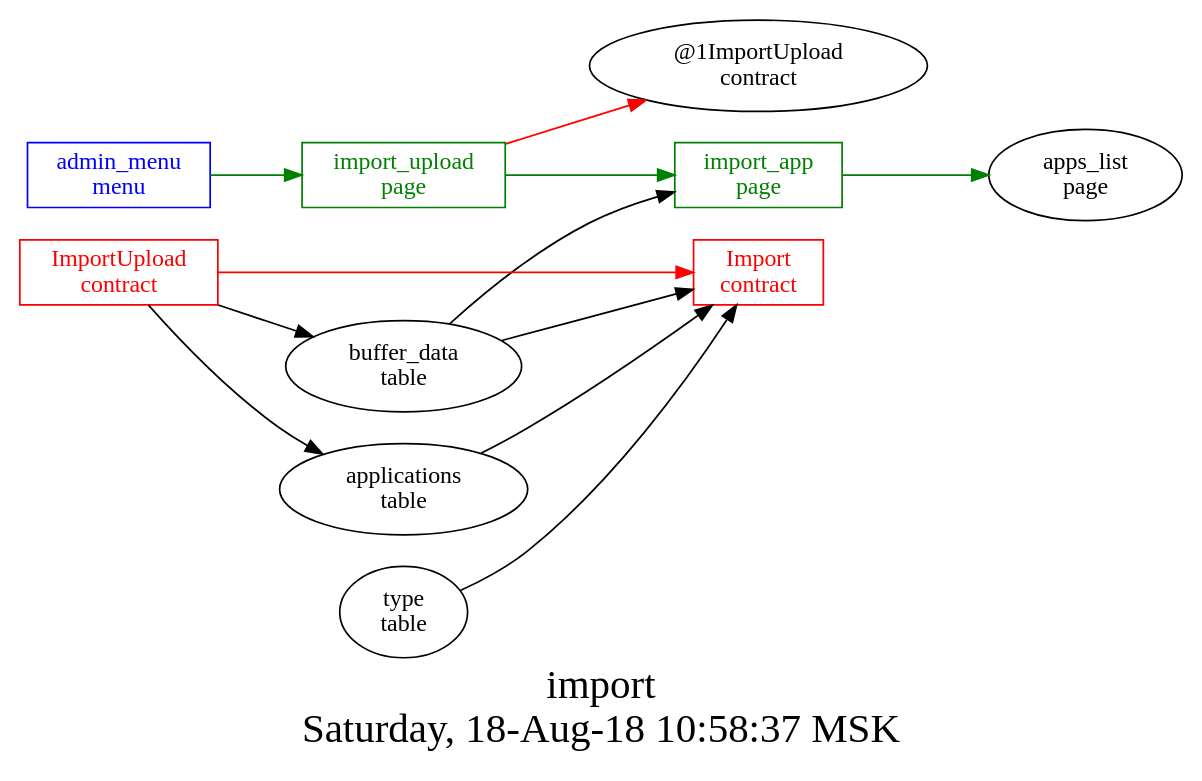
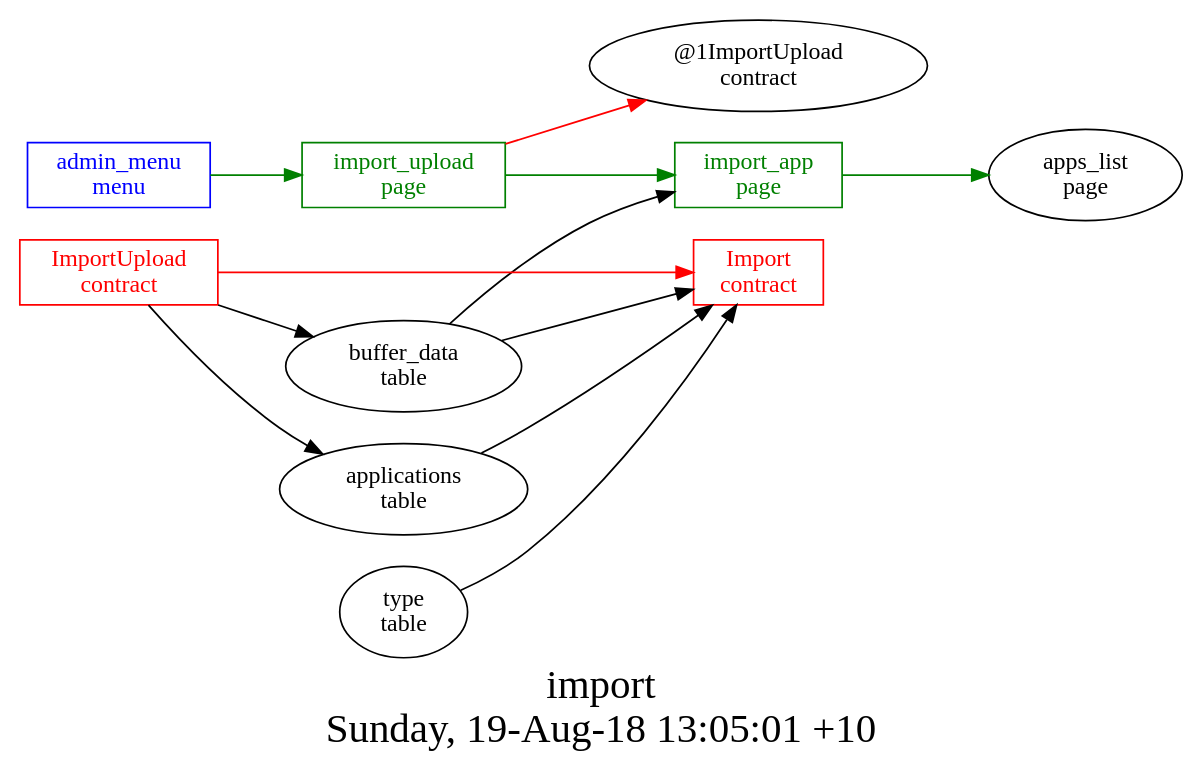
The diagram in src/import/struct.dot (AplaProject/apps), drawn with Graphviz before and after one commit. The commit also changed 14 other files, not shown here.

```diff
--- a/src/import/struct.dot
+++ b/src/import/struct.dot
@@ -1,26 +1,24 @@
 digraph G {
-graph [
-  fontsize="24";
-  label="import\nSaturday, 18-Aug-18 10:58:37 MSK";
-  nojustify=true;
-  ordering=out;
-  rankdir=LR;
-  size="30";
-];
+fontsize="24";
+label="import\nSunday, 19-Aug-18 13:05:01 +10";
+nojustify=true;
+ordering=out;
+rankdir=LR;
+size="30";
 "admin_menu\nmenu" -> "import_upload\npage"  [ color=green ]
 "admin_menu\nmenu" [color=blue, fontcolor=blue, group=menus, shape=record];
 "buffer_data\ntable" -> "import_app\npage"
 "import_app\npage" -> "apps_list\npage"  [ color=green ]
 "import_app\npage" [color=green, fontcolor=green, group=pages, shape=record];
 "import_upload\npage" -> "@1ImportUpload\ncontract"  [ color=red ]
 "import_upload\npage" -> "import_app\npage"  [ color=green ]
 "import_upload\npage" [color=green, fontcolor=green, group=pages, shape=record];
 "buffer_data\ntable" -> "Import\ncontract"
 "applications\ntable" -> "Import\ncontract"
 "type\ntable" -> "Import\ncontract"
 "Import\ncontract" [color=red, fontcolor=red, group=contracts, shape=record];
 "ImportUpload\ncontract" -> "Import\ncontract"  [ color=red ]
 "ImportUpload\ncontract" -> "buffer_data\ntable"  [ color="" ]
 "ImportUpload\ncontract" -> "applications\ntable"  [ color="" ]
 "ImportUpload\ncontract" [color=red, fontcolor=red, group=contracts, shape=record];
 }
```
